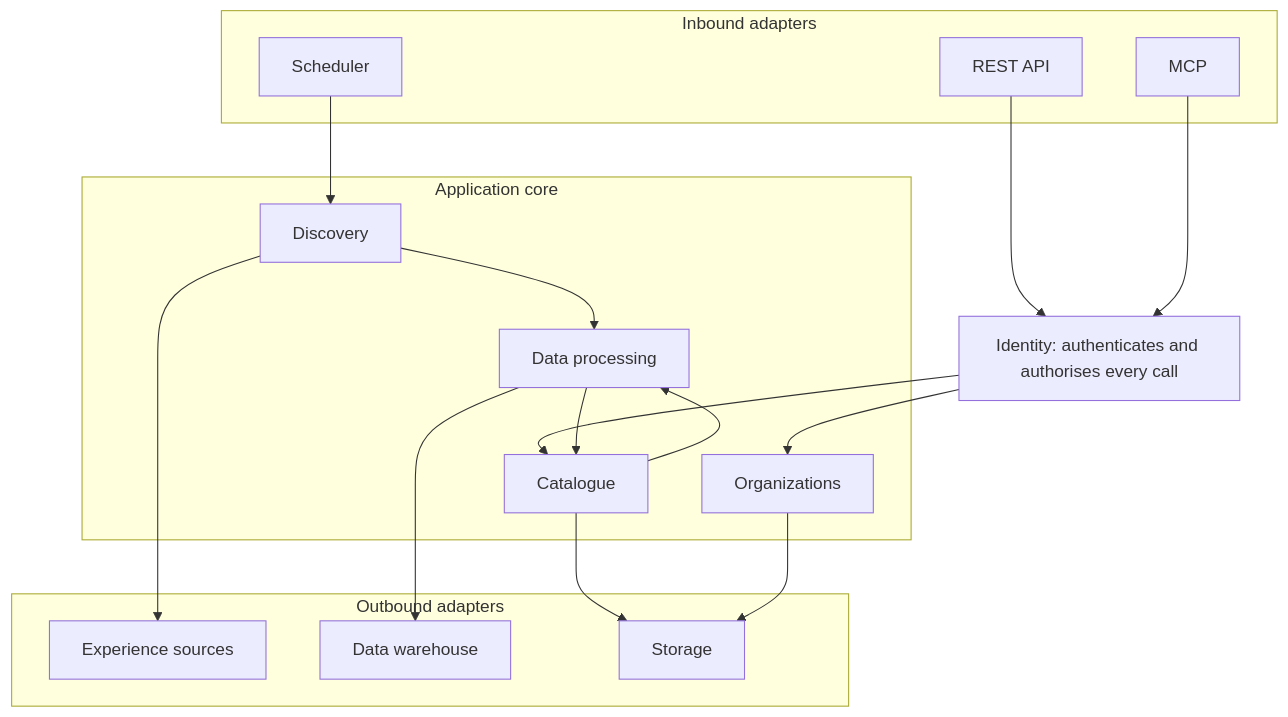
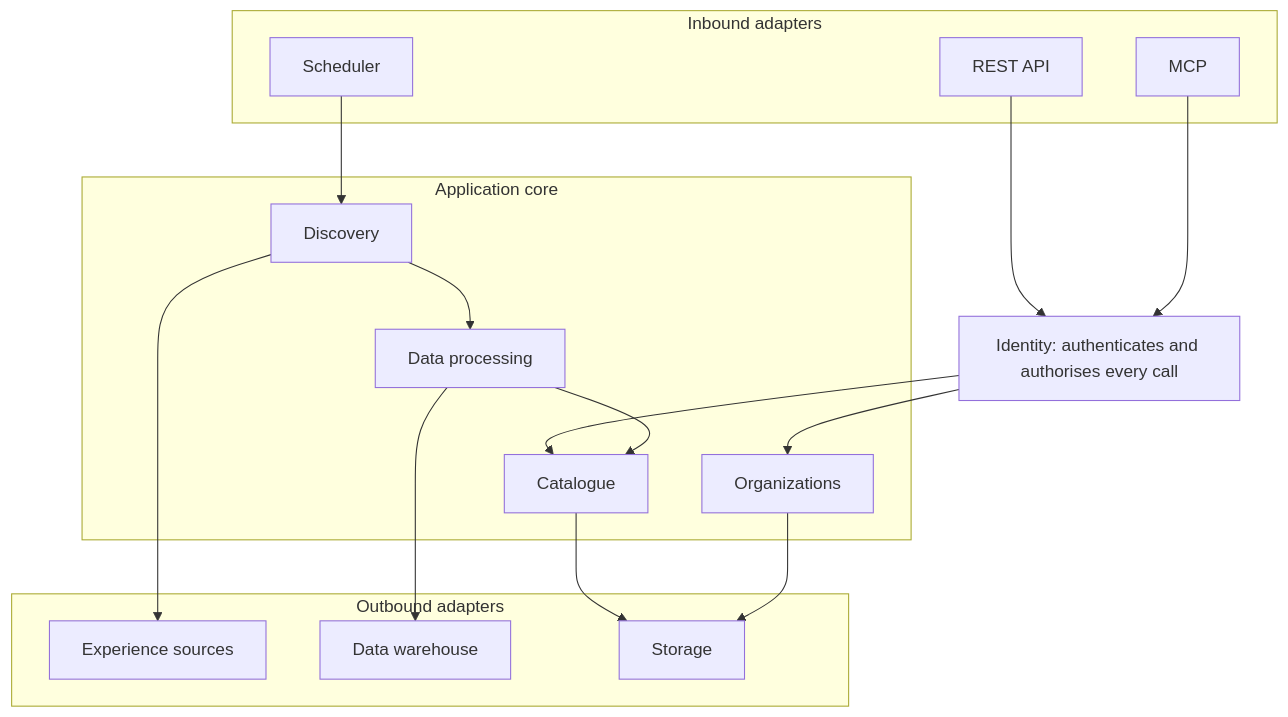
One commit to mdwt/magic-events changed the diagram in docs/spec-rev1-domains.md. Above: the diagram before and after it, drawn with Mermaid. The commit also changed other lines of this file and 2 other files, not shown here.

````diff
--- a/docs/spec-rev1-domains.md
+++ b/docs/spec-rev1-domains.md
@@ -83,32 +83,31 @@
 ```mermaid
 flowchart TB
   subgraph Inbound adapters
     SCH[Scheduler]
     REST[REST API]
     MCP[MCP]
   end
   ID[Identity: authenticates and authorises every call]
   subgraph Application core
     DIS[Discovery]
     DP[Data processing]
     CAT[Catalogue]
     ORG[Organizations]
   end
   subgraph Outbound adapters
     SRC[Experience sources]
     DW[Data warehouse]
     STO[Storage]
   end
   REST --> ID
   MCP --> ID
   ID --> CAT
   ID --> ORG
   SCH --> DIS
   DIS --> DP
   DP --> CAT
-  CAT --> DP
   DIS --> SRC
   DP --> DW
   CAT --> STO
   ORG --> STO
 ```
````
